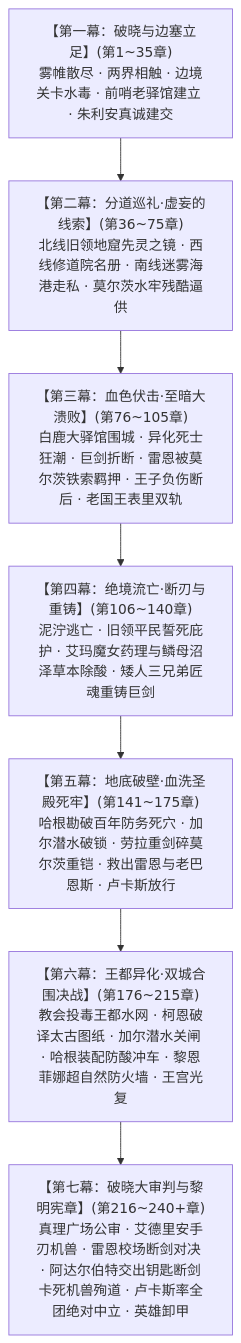
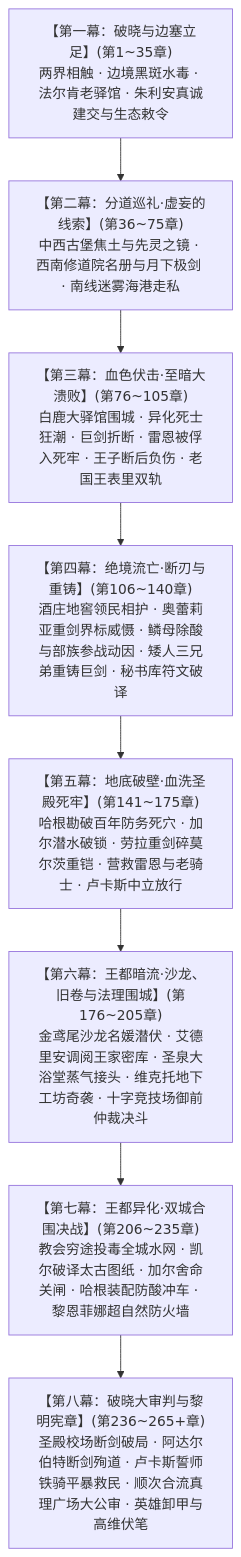
One commit to soranokiseki1437/eldoria-worldbook changed the first of 2 diagrams in 方案/第二部/主线与世界扩充方案/01_宏篇主线演进与阶段规划方案.md. Above: the diagram before and after it, drawn with Mermaid. The commit also changed other lines of this file and 29 other files, not shown here.

````diff
--- a/方案/第二部/主线与世界扩充方案/01_宏篇主线演进与阶段规划方案.md
+++ b/方案/第二部/主线与世界扩充方案/01_宏篇主线演进与阶段规划方案.md
@@ -12,12 +12,13 @@
 ```mermaid
 graph TD
-    M1["【第一幕：破晓与边塞立足】(第1~35章)<br/>雾帷散尽 · 两界相触 · 边境关卡水毒 · 前哨老驿馆建立 · 朱利安真诚建交"]
-    M2["【第二幕：分道巡礼·虚妄的线索】(第36~75章)<br/>北线旧领地窟先灵之镜 · 西线修道院名册 · 南线迷雾海港走私 · 莫尔茨水牢残酷逼供"]
-    M3["【第三幕：血色伏击·至暗大溃败】(第76~105章)<br/>白鹿大驿馆围城 · 异化死士狂潮 · 巨剑折断 · 雷恩被莫尔茨铁索羁押 · 王子负伤断后 · 老国王表里双轨"]
-    M4["【第四幕：绝境流亡·断刃与重铸】(第106~140章)<br/>泥泞逃亡 · 旧领平民誓死庇护 · 艾玛魔女药理与鳞母沼泽草本除酸 · 矮人三兄弟匠魂重铸巨剑"]
-    M5["【第五幕：地底破壁·血洗圣殿死牢】(第141~175章)<br/>哈根勘破百年防务死穴 · 加尔潜水破锁 · 劳拉重剑碎莫尔茨重铠 · 救出雷恩与老巴恩斯 · 卢卡斯放行"]
-    M6["【第六幕：王都异化·双城合围决战】(第176~215章)<br/>教会投毒王都水网 · 柯恩破译太古图纸 · 加尔潜水关闸 · 哈根装配防酸冲车 · 黎恩菲娜超自然防火墙 · 王宫光复"]
-    M7["【第七幕：破晓大审判与黎明宪章】(第216~240+章)<br/>真理广场公审 · 艾德里安手刃机兽 · 雷恩校场断剑对决 · 阿达尔伯特交出钥匙断剑卡死机兽殉道 · 卢卡斯率全团绝对中立 · 英雄卸甲"]
+    M1["【第一幕：破晓与边塞立足】(第1~35章)<br/>两界相触 · 边境黑斑水毒 · 法尔肯老驿馆 · 朱利安真诚建交与生态敕令"]
+    M2["【第二幕：分道巡礼·虚妄的线索】(第36~75章)<br/>中西古堡焦土与先灵之镜 · 西南修道院名册与月下极剑 · 南线迷雾海港走私"]
+    M3["【第三幕：血色伏击·至暗大溃败】(第76~105章)<br/>白鹿大驿馆围城 · 异化死士狂潮 · 巨剑折断 · 雷恩被俘入死牢 · 王子断后负伤 · 老国王表里双轨"]
+    M4["【第四幕：绝境流亡·断刃与重铸】(第106~140章)<br/>酒庄地窖领民相护 · 奥蕾莉亚重剑界标威慑 · 鳞母除酸与部族参战动因 · 矮人三兄弟重铸巨剑 · 秘书库符文破译"]
+    M5["【第五幕：地底破壁·血洗圣殿死牢】(第141~175章)<br/>哈根勘破百年防务死穴 · 加尔潜水破锁 · 劳拉重剑碎莫尔茨重铠 · 营救雷恩与老骑士 · 卢卡斯中立放行"]
+    M6["【第六幕：王都暗流·沙龙、旧卷与法理围城】(第176~205章)<br/>金鸢尾沙龙名媛潜伏 · 艾德里安调阅王家密库 · 圣泉大浴堂蒸气接头 · 维克托地下工坊奇袭 · 十字竞技场御前仲裁决斗"]
+    M7["【第七幕：王都异化·双城合围决战】(第206~235章)<br/>教会穷途投毒全城水网 · 凯尔破译太古图纸 · 加尔舍命关闸 · 哈根装配防酸冲车 · 黎恩菲娜超自然防火墙"]
+    M8["【第八幕：破晓大审判与黎明宪章】(第236~265+章)<br/>圣殿校场断剑破局 · 阿达尔伯特断剑殉道 · 卢卡斯誓师铁骑平暴救民 · 顺次合流真理广场大公审 · 英雄卸甲与高维伏笔"]
 
-    M1 --> M2 --> M3 --> M4 --> M5 --> M6 --> M7
+    M1 --> M2 --> M3 --> M4 --> M5 --> M6 --> M7 --> M8
 ```
````
